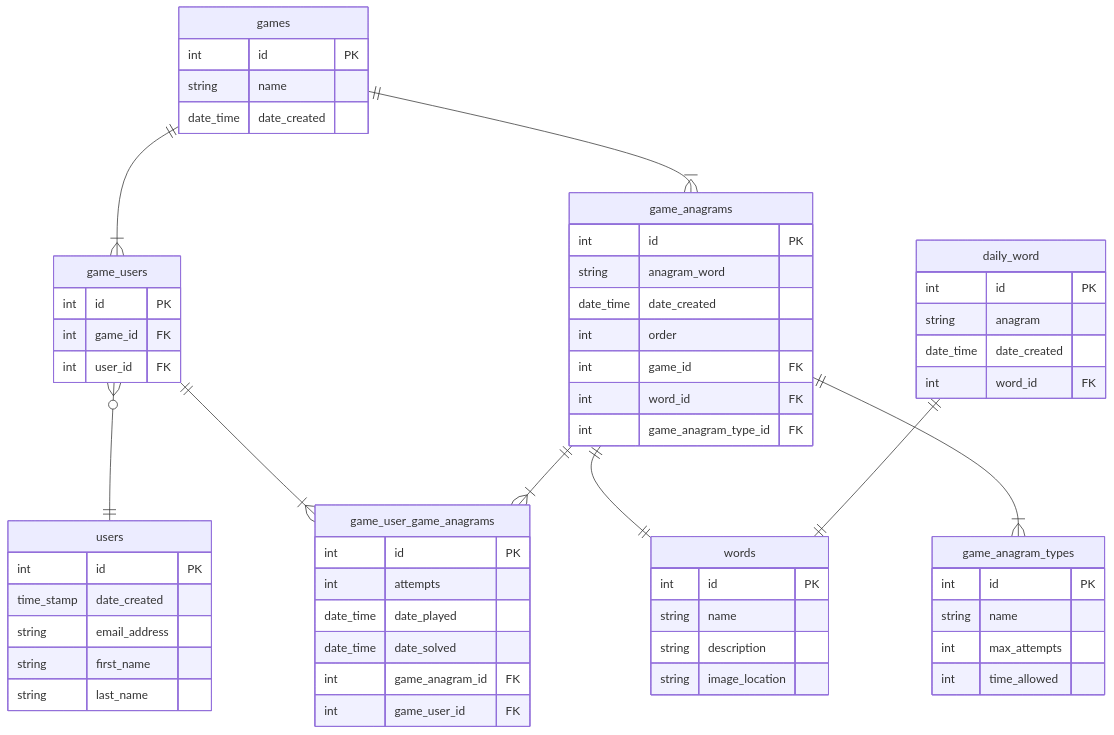
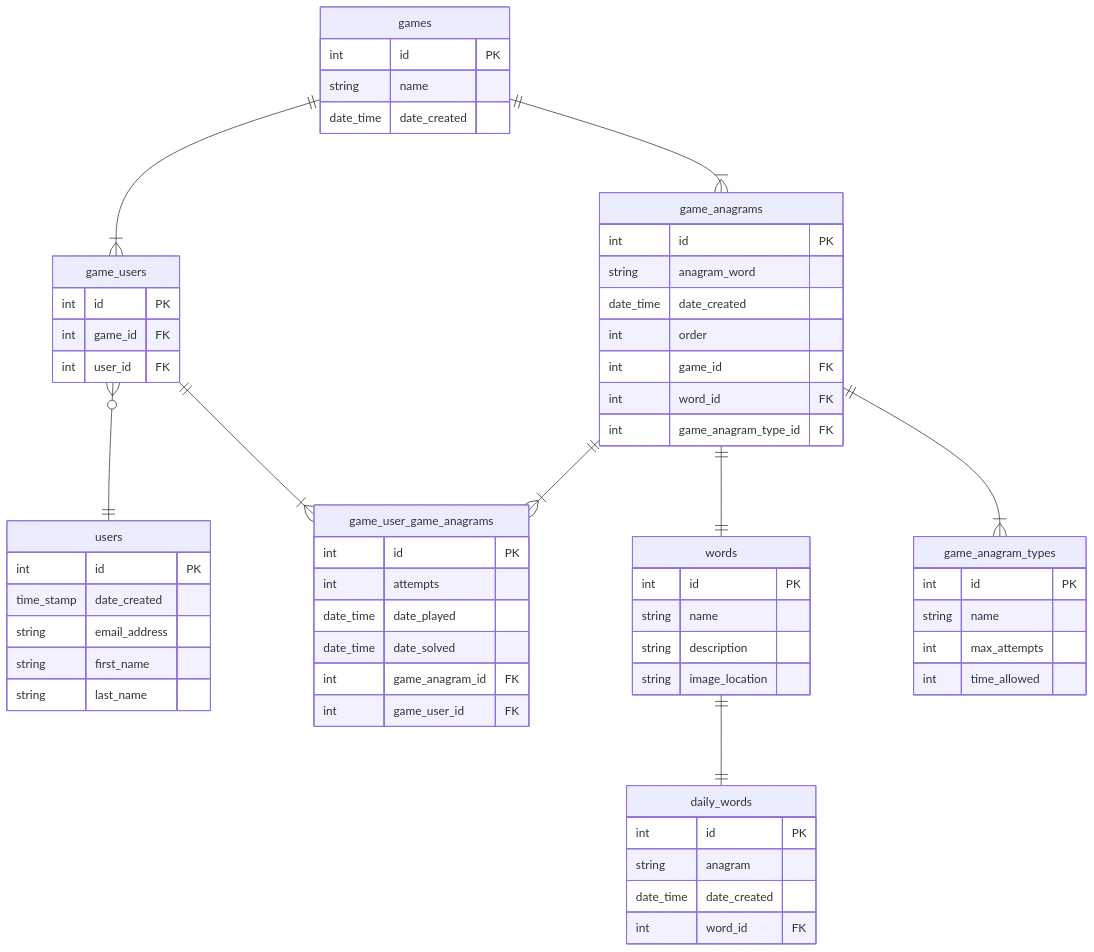
Before and after one commit to seanjamescurrie/bananagrams: the second of 2 diagrams in README.md, drawn with Mermaid. The commit also changed other lines of this file, not shown here.

Commit message:
Update ReadMe.md Added daily words ERD

````diff
--- a/README.md
+++ b/README.md
@@ -220,75 +219,75 @@
 ```mermaid
 erDiagram
 
   games ||--|{ game_users : ""
   games ||--|{ game_anagrams : ""
   game_users }o--|| users : ""
   game_users ||--|{ game_user_game_anagrams : ""
   game_anagrams ||--|{ game_user_game_anagrams : ""
   game_anagrams ||--|| words : ""
   game_anagrams ||--|{ game_anagram_types : ""
-  daily_word ||--|| words : ""
+  words ||--|| daily_words : ""
   
   game_anagram_types {
     int id PK
     string name
     int max_attempts
     int time_allowed
   }
   
   games {
     int id PK
     string name
     date_time date_created
   }
   
   words {
     int id PK
     string name
     string description
     string image_location
   }
   
-  daily_word {
+  daily_words {
     int id PK
     string anagram
     date_time date_created
     int word_id FK
   }
   
   game_anagrams {
     int id PK
     string anagram_word
     date_time date_created
     int order
     int game_id FK
     int word_id FK
     int game_anagram_type_id FK
   }
   
   users {
     int id PK
     time_stamp date_created
     string email_address
     string first_name
     string last_name
   }
   
   game_users {
     int id PK
     int game_id FK
     int user_id FK
   }
   
   game_user_game_anagrams {
     int id PK
     int attempts
     date_time date_played
     date_time date_solved
     int game_anagram_id FK
     int game_user_id FK
   }
   
   
 
 ```
````
